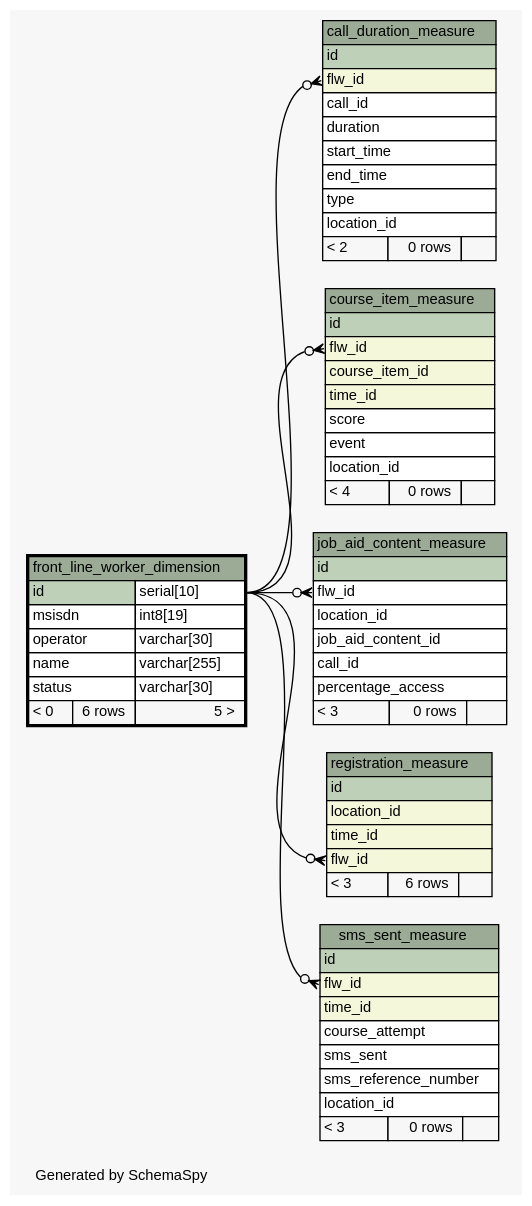
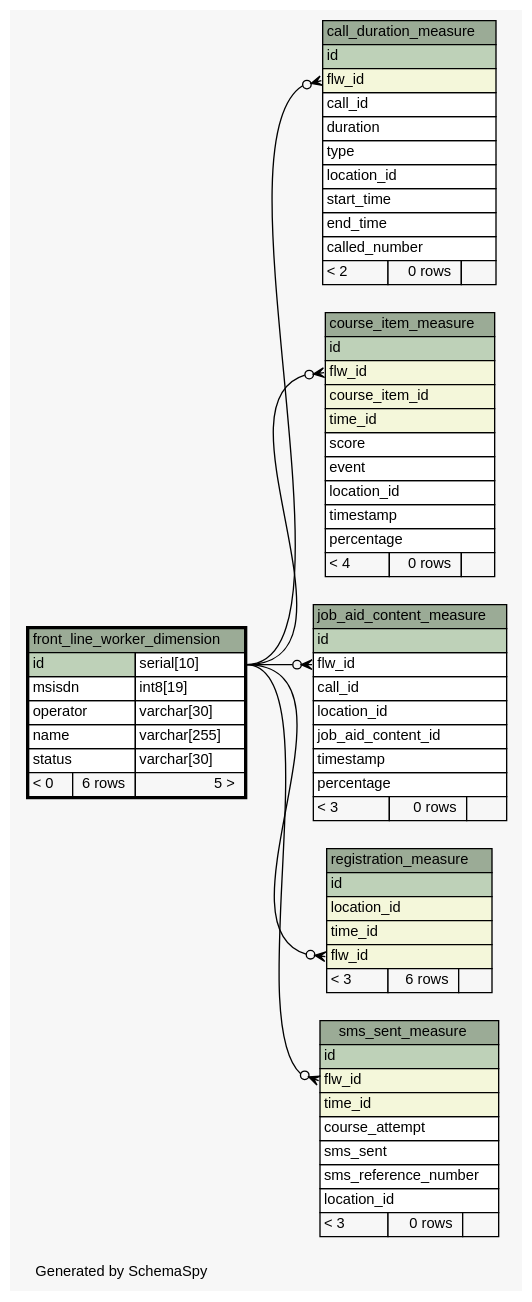
The diagram in ananya-report/build/schemaspy-output/diagrams/front_line_worker_dimension.1degree.dot (motech/ananya), drawn with Graphviz before and after one commit. The commit also changed 72 other files, not shown here.

Commit message:
Pulkit,Sush|#1620|schema changes to include job aid simension and measure tables and schema spy output for the same.

```diff
--- a/ananya-report/build/schemaspy-output/diagrams/front_line_worker_dimension.1degree.dot
+++ b/ananya-report/build/schemaspy-output/diagrams/front_line_worker_dimension.1degree.dot
@@ -1,118 +1,122 @@
-// dot 2.26.3 on Linux 2.6.38-11-generic-pae
+// dot 2.28.0 on Mac OS X 10.7.3
 // SchemaSpy rev 590
 digraph "oneDegreeRelationshipsDiagram" {
   graph [
     rankdir="RL"
     bgcolor="#f7f7f7"
     label="\nGenerated by SchemaSpy"
     labeljust="l"
     nodesep="0.18"
     ranksep="0.46"
     fontname="Helvetica"
     fontsize="11"
   ];
   node [
     fontname="Helvetica"
     fontsize="11"
     shape="plaintext"
   ];
   edge [
     arrowsize="0.8"
   ];
   "call_duration_measure":"flw_id":w -> "front_line_worker_dimension":"id.type":e [arrowhead=none dir=back arrowtail=crowodot];
   "course_item_measure":"flw_id":w -> "front_line_worker_dimension":"id.type":e [arrowhead=none dir=back arrowtail=crowodot];
   "job_aid_content_measure":"flw_id":w -> "front_line_worker_dimension":"id.type":e [arrowhead=none dir=back arrowtail=crowodot];
   "registration_measure":"flw_id":w -> "front_line_worker_dimension":"id.type":e [arrowhead=none dir=back arrowtail=crowodot];
   "sms_sent_measure":"flw_id":w -> "front_line_worker_dimension":"id.type":e [arrowhead=none dir=back arrowtail=crowodot];
   "call_duration_measure" [
     label=<
     <TABLE BORDER="0" CELLBORDER="1" CELLSPACING="0" BGCOLOR="#ffffff">
       <TR><TD COLSPAN="3" BGCOLOR="#9bab96" ALIGN="CENTER">call_duration_measure</TD></TR>
       <TR><TD PORT="id" COLSPAN="3" BGCOLOR="#bed1b8" ALIGN="LEFT">id</TD></TR>
       <TR><TD PORT="flw_id" COLSPAN="3" BGCOLOR="#f4f7da" ALIGN="LEFT">flw_id</TD></TR>
       <TR><TD PORT="call_id" COLSPAN="3" ALIGN="LEFT">call_id</TD></TR>
       <TR><TD PORT="duration" COLSPAN="3" ALIGN="LEFT">duration</TD></TR>
+      <TR><TD PORT="type" COLSPAN="3" ALIGN="LEFT">type</TD></TR>
+      <TR><TD PORT="location_id" COLSPAN="3" ALIGN="LEFT">location_id</TD></TR>
       <TR><TD PORT="start_time" COLSPAN="3" ALIGN="LEFT">start_time</TD></TR>
       <TR><TD PORT="end_time" COLSPAN="3" ALIGN="LEFT">end_time</TD></TR>
-      <TR><TD PORT="type" COLSPAN="3" ALIGN="LEFT">type</TD></TR>
-      <TR><TD PORT="location_id" COLSPAN="3" ALIGN="LEFT">location_id</TD></TR>
+      <TR><TD PORT="called_number" COLSPAN="3" ALIGN="LEFT">called_number</TD></TR>
       <TR><TD ALIGN="LEFT" BGCOLOR="#f7f7f7">&lt; 2</TD><TD ALIGN="RIGHT" BGCOLOR="#f7f7f7">0 rows</TD><TD ALIGN="RIGHT" BGCOLOR="#f7f7f7">  </TD></TR>
     </TABLE>>
     URL="call_duration_measure.html"
     tooltip="call_duration_measure"
   ];
   "course_item_measure" [
     label=<
     <TABLE BORDER="0" CELLBORDER="1" CELLSPACING="0" BGCOLOR="#ffffff">
       <TR><TD COLSPAN="3" BGCOLOR="#9bab96" ALIGN="CENTER">course_item_measure</TD></TR>
       <TR><TD PORT="id" COLSPAN="3" BGCOLOR="#bed1b8" ALIGN="LEFT">id</TD></TR>
       <TR><TD PORT="flw_id" COLSPAN="3" BGCOLOR="#f4f7da" ALIGN="LEFT">flw_id</TD></TR>
       <TR><TD PORT="course_item_id" COLSPAN="3" BGCOLOR="#f4f7da" ALIGN="LEFT">course_item_id</TD></TR>
       <TR><TD PORT="time_id" COLSPAN="3" BGCOLOR="#f4f7da" ALIGN="LEFT">time_id</TD></TR>
       <TR><TD PORT="score" COLSPAN="3" ALIGN="LEFT">score</TD></TR>
       <TR><TD PORT="event" COLSPAN="3" ALIGN="LEFT">event</TD></TR>
       <TR><TD PORT="location_id" COLSPAN="3" ALIGN="LEFT">location_id</TD></TR>
+      <TR><TD PORT="timestamp" COLSPAN="3" ALIGN="LEFT">timestamp</TD></TR>
+      <TR><TD PORT="percentage" COLSPAN="3" ALIGN="LEFT">percentage</TD></TR>
       <TR><TD ALIGN="LEFT" BGCOLOR="#f7f7f7">&lt; 4</TD><TD ALIGN="RIGHT" BGCOLOR="#f7f7f7">0 rows</TD><TD ALIGN="RIGHT" BGCOLOR="#f7f7f7">  </TD></TR>
     </TABLE>>
     URL="course_item_measure.html"
     tooltip="course_item_measure"
   ];
   "front_line_worker_dimension" [
     label=<
     <TABLE BORDER="2" CELLBORDER="1" CELLSPACING="0" BGCOLOR="#ffffff">
       <TR><TD COLSPAN="3" BGCOLOR="#9bab96" ALIGN="CENTER">front_line_worker_dimension</TD></TR>
       <TR><TD PORT="id" COLSPAN="2" BGCOLOR="#bed1b8" ALIGN="LEFT">id</TD><TD PORT="id.type" ALIGN="LEFT">serial[10]</TD></TR>
       <TR><TD PORT="msisdn" COLSPAN="2" ALIGN="LEFT">msisdn</TD><TD PORT="msisdn.type" ALIGN="LEFT">int8[19]</TD></TR>
       <TR><TD PORT="operator" COLSPAN="2" ALIGN="LEFT">operator</TD><TD PORT="operator.type" ALIGN="LEFT">varchar[30]</TD></TR>
       <TR><TD PORT="name" COLSPAN="2" ALIGN="LEFT">name</TD><TD PORT="name.type" ALIGN="LEFT">varchar[255]</TD></TR>
       <TR><TD PORT="status" COLSPAN="2" ALIGN="LEFT">status</TD><TD PORT="status.type" ALIGN="LEFT">varchar[30]</TD></TR>
       <TR><TD ALIGN="LEFT" BGCOLOR="#f7f7f7">&lt; 0</TD><TD ALIGN="RIGHT" BGCOLOR="#f7f7f7">6 rows</TD><TD ALIGN="RIGHT" BGCOLOR="#f7f7f7">5 &gt;</TD></TR>
     </TABLE>>
     URL="front_line_worker_dimension.html"
     tooltip="front_line_worker_dimension"
   ];
   "job_aid_content_measure" [
     label=<
     <TABLE BORDER="0" CELLBORDER="1" CELLSPACING="0" BGCOLOR="#ffffff">
       <TR><TD COLSPAN="3" BGCOLOR="#9bab96" ALIGN="CENTER">job_aid_content_measure</TD></TR>
       <TR><TD PORT="id" COLSPAN="3" BGCOLOR="#bed1b8" ALIGN="LEFT">id</TD></TR>
       <TR><TD PORT="flw_id" COLSPAN="3" ALIGN="LEFT">flw_id</TD></TR>
+      <TR><TD PORT="call_id" COLSPAN="3" ALIGN="LEFT">call_id</TD></TR>
       <TR><TD PORT="location_id" COLSPAN="3" ALIGN="LEFT">location_id</TD></TR>
       <TR><TD PORT="job_aid_content_id" COLSPAN="3" ALIGN="LEFT">job_aid_content_id</TD></TR>
-      <TR><TD PORT="call_id" COLSPAN="3" ALIGN="LEFT">call_id</TD></TR>
-      <TR><TD PORT="percentage_access" COLSPAN="3" ALIGN="LEFT">percentage_access</TD></TR>
+      <TR><TD PORT="timestamp" COLSPAN="3" ALIGN="LEFT">timestamp</TD></TR>
+      <TR><TD PORT="percentage" COLSPAN="3" ALIGN="LEFT">percentage</TD></TR>
       <TR><TD ALIGN="LEFT" BGCOLOR="#f7f7f7">&lt; 3</TD><TD ALIGN="RIGHT" BGCOLOR="#f7f7f7">0 rows</TD><TD ALIGN="RIGHT" BGCOLOR="#f7f7f7">  </TD></TR>
     </TABLE>>
     URL="job_aid_content_measure.html"
     tooltip="job_aid_content_measure"
   ];
   "registration_measure" [
     label=<
     <TABLE BORDER="0" CELLBORDER="1" CELLSPACING="0" BGCOLOR="#ffffff">
       <TR><TD COLSPAN="3" BGCOLOR="#9bab96" ALIGN="CENTER">registration_measure</TD></TR>
       <TR><TD PORT="id" COLSPAN="3" BGCOLOR="#bed1b8" ALIGN="LEFT">id</TD></TR>
       <TR><TD PORT="location_id" COLSPAN="3" BGCOLOR="#f4f7da" ALIGN="LEFT">location_id</TD></TR>
       <TR><TD PORT="time_id" COLSPAN="3" BGCOLOR="#f4f7da" ALIGN="LEFT">time_id</TD></TR>
       <TR><TD PORT="flw_id" COLSPAN="3" BGCOLOR="#f4f7da" ALIGN="LEFT">flw_id</TD></TR>
       <TR><TD ALIGN="LEFT" BGCOLOR="#f7f7f7">&lt; 3</TD><TD ALIGN="RIGHT" BGCOLOR="#f7f7f7">6 rows</TD><TD ALIGN="RIGHT" BGCOLOR="#f7f7f7">  </TD></TR>
     </TABLE>>
     URL="registration_measure.html"
     tooltip="registration_measure"
   ];
   "sms_sent_measure" [
     label=<
     <TABLE BORDER="0" CELLBORDER="1" CELLSPACING="0" BGCOLOR="#ffffff">
       <TR><TD COLSPAN="3" BGCOLOR="#9bab96" ALIGN="CENTER">sms_sent_measure</TD></TR>
       <TR><TD PORT="id" COLSPAN="3" BGCOLOR="#bed1b8" ALIGN="LEFT">id</TD></TR>
       <TR><TD PORT="flw_id" COLSPAN="3" BGCOLOR="#f4f7da" ALIGN="LEFT">flw_id</TD></TR>
       <TR><TD PORT="time_id" COLSPAN="3" BGCOLOR="#f4f7da" ALIGN="LEFT">time_id</TD></TR>
       <TR><TD PORT="course_attempt" COLSPAN="3" ALIGN="LEFT">course_attempt</TD></TR>
       <TR><TD PORT="sms_sent" COLSPAN="3" ALIGN="LEFT">sms_sent</TD></TR>
       <TR><TD PORT="sms_reference_number" COLSPAN="3" ALIGN="LEFT">sms_reference_number</TD></TR>
       <TR><TD PORT="location_id" COLSPAN="3" ALIGN="LEFT">location_id</TD></TR>
       <TR><TD ALIGN="LEFT" BGCOLOR="#f7f7f7">&lt; 3</TD><TD ALIGN="RIGHT" BGCOLOR="#f7f7f7">0 rows</TD><TD ALIGN="RIGHT" BGCOLOR="#f7f7f7">  </TD></TR>
     </TABLE>>
     URL="sms_sent_measure.html"
     tooltip="sms_sent_measure"
   ];
 }
```
